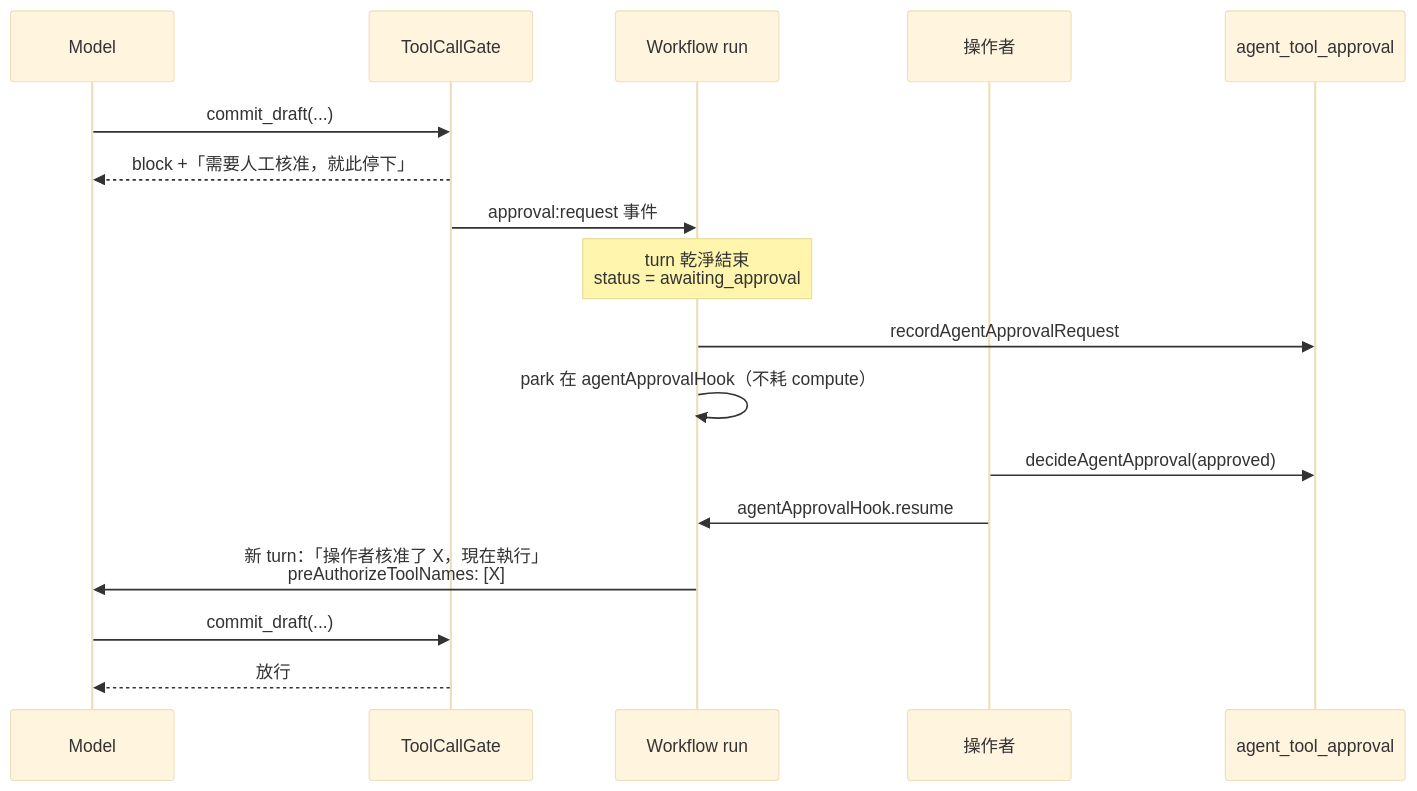
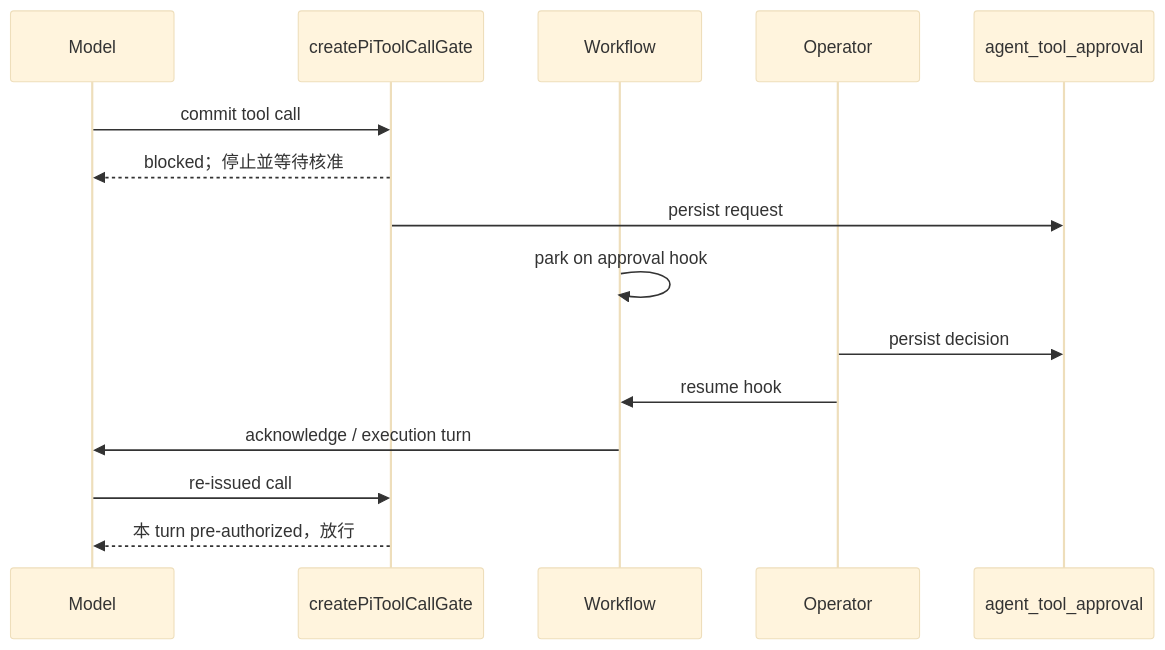
The third of 3 diagrams in docs/agent-architecture.zh.md (Chia1104/chia1104.dev), drawn with Mermaid (base theme) before and after one commit. The commit also changed other lines of this file and 69 other files, not shown here.

Commit message:
refactor(agent): simplify agent harness architecture

````diff
--- a/docs/agent-architecture.zh.md
+++ b/docs/agent-architecture.zh.md
@@ -208,20 +157,18 @@
 ```mermaid
 sequenceDiagram
     participant M as Model
-    participant G as ToolCallGate
-    participant WF as Workflow run
-    participant OP as 操作者
-    participant PG as agent_tool_approval
+    participant G as createPiToolCallGate
+    participant WF as Workflow
+    participant OP as Operator
+    participant DB as agent_tool_approval
 
-    M->>G: commit_draft(...)
-    G-->>M: block +「需要人工核准，就此停下」
-    G->>WF: approval:request 事件
-    Note over WF: turn 乾淨結束<br/>status = awaiting_approval
-    WF->>PG: recordAgentApprovalRequest
-    WF->>WF: park 在 agentApprovalHook（不耗 compute）
-    OP->>PG: decideAgentApproval(approved)
-    OP->>WF: agentApprovalHook.resume
-    WF->>M: 新 turn：「操作者核准了 X，現在執行」<br/>preAuthorizeToolNames: [X]
-    M->>G: commit_draft(...)
-    G-->>M: 放行
+    M->>G: commit tool call
+    G-->>M: blocked；停止並等待核准
+    G->>DB: persist request
+    WF->>WF: park on approval hook
+    OP->>DB: persist decision
+    OP->>WF: resume hook
+    WF->>M: acknowledge / execution turn
+    M->>G: re-issued call
+    G-->>M: 本 turn pre-authorized，放行
 ```
````
